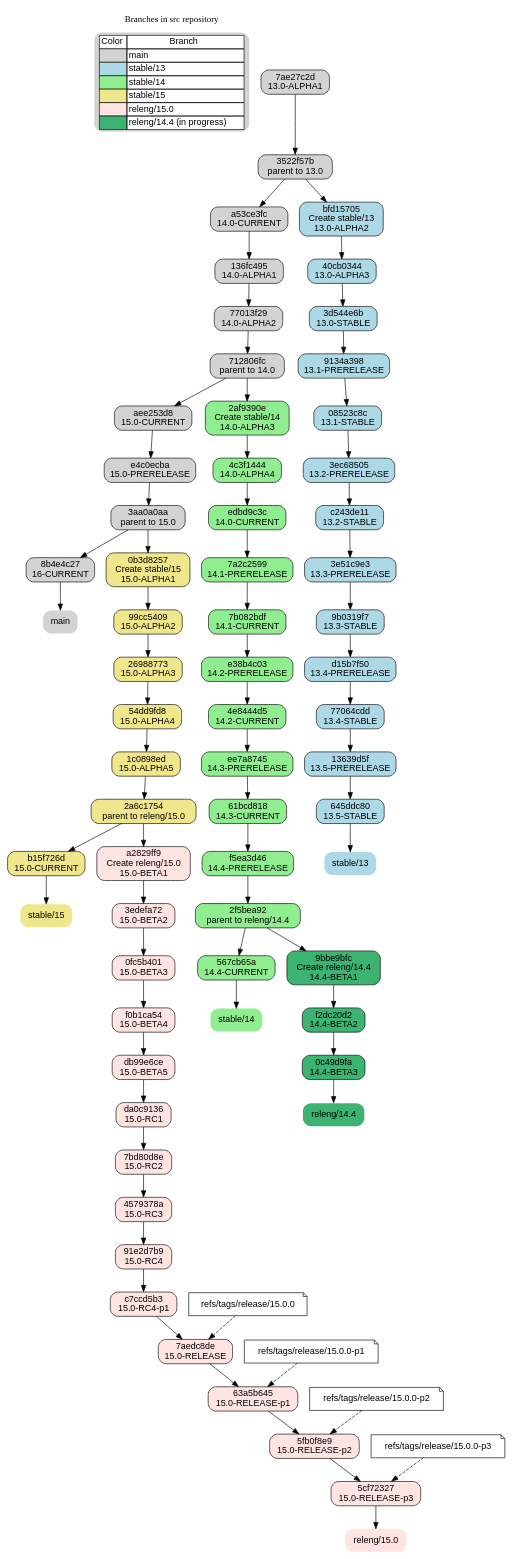
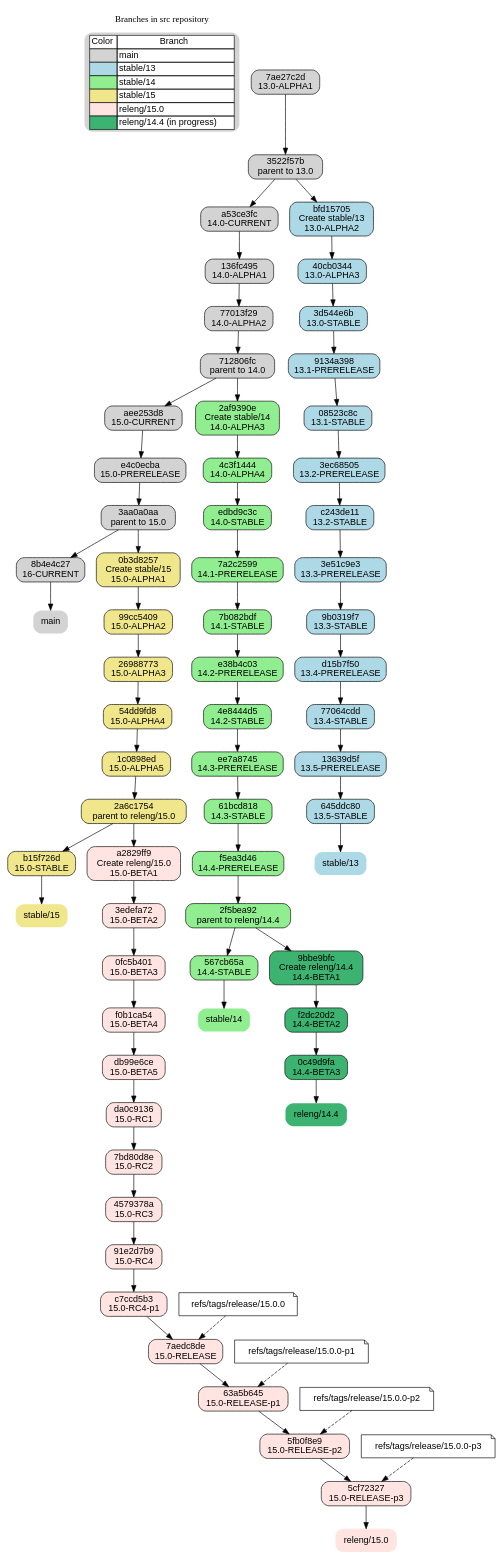
Before and after one commit to freebsd-doc-ru/freebsd-relnotes: the diagram in docs/freebsd_releases_full.dot, drawn with Graphviz. The commit also changed 2 other files, not shown here.

```diff
--- a/docs/freebsd_releases_full.dot
+++ b/docs/freebsd_releases_full.dot
@@ -1,5 +1,22 @@
 # dot -Tpng freebsd_releases_full.dot -o freebsd_releases_full.png
 # dot -Tsvg freebsd_releases_full.dot -o freebsd_releases_full.svg
+#
+# Copyright (c) 2026 Vladlen Popolitov
+#
+# SPDX-License-Identifier: BSD-2-Clause
+#
+# How I did it
+# 1. main, stable/15, stable/14. stable/13, releng/15.0, releng/14.4 commits from 12.0 till branch HEAD
+# git log --oneline -E -G 'REVISION|BRANCH' b958317950db^..main -- sys/conf/newvers.sh
+# git log --oneline -E -G 'REVISION|BRANCH' b958317950db^..stable/15 -- sys/conf/newvers.sh
+# ...
+# 2. split point for main<->stable/15, main<->stable/14 etc
+# git merge-base main stable/15
+# ...
+# git merge-base stable/14 releng/14.3
+#
+# 3. make lists of commits, Copy-Past into this dot-file.
+
 digraph FreeBSD_Releases {
 
   rankdir=TB;
@@ -91,16 +108,16 @@
 
   s14_alpha3  [label="2af9390e\nCreate stable/14\n14.0-ALPHA3",URL="https://cgit.freebsd.org/src/commit/?id=2af9390e54ed",target="_blank"];
   s14_alpha4  [label="4c3f1444\n14.0-ALPHA4",URL="https://cgit.freebsd.org/src/commit/?id=4c3f144478d4",target="_blank"];
-  s14_post0   [label="edbd9c3c\n14.0-CURRENT",URL="https://cgit.freebsd.org/src/commit/?id=edbd9c3c32c0",target="_blank"];
+  s14_post0   [label="edbd9c3c\n14.0-STABLE",URL="https://cgit.freebsd.org/src/commit/?id=edbd9c3c32c0",target="_blank"];
   s14_pre141  [label="7a2c2599\n14.1-PRERELEASE",URL="https://cgit.freebsd.org/src/commit/?id=7a2c2599a760",target="_blank"];
-  s14_post141 [label="7b082bdf\n14.1-CURRENT",URL="https://cgit.freebsd.org/src/commit/?id=7b082bdf72e6",target="_blank"];
+  s14_post141 [label="7b082bdf\n14.1-STABLE",URL="https://cgit.freebsd.org/src/commit/?id=7b082bdf72e6",target="_blank"];
   s14_pre142  [label="e38b4c03\n14.2-PRERELEASE",URL="https://cgit.freebsd.org/src/commit/?id=e38b4c031cf8",target="_blank"];
-  s14_post142 [label="4e8444d5\n14.2-CURRENT",URL="https://cgit.freebsd.org/src/commit/?id=4e8444d5750a",target="_blank"];
+  s14_post142 [label="4e8444d5\n14.2-STABLE",URL="https://cgit.freebsd.org/src/commit/?id=4e8444d5750a",target="_blank"];
   s14_pre143  [label="ee7a8745\n14.3-PRERELEASE",URL="https://cgit.freebsd.org/src/commit/?id=ee7a874557f4",target="_blank"];
-  s14_post143 [label="61bcd818\n14.3-CURRENT",URL="https://cgit.freebsd.org/src/commit/?id=61bcd8183104",target="_blank"];
+  s14_post143 [label="61bcd818\n14.3-STABLE",URL="https://cgit.freebsd.org/src/commit/?id=61bcd8183104",target="_blank"];
   s14_pre144  [label="f5ea3d46\n14.4-PRERELEASE",URL="https://cgit.freebsd.org/src/commit/?id=f5ea3d46d600",target="_blank"];
   s15_parentR14_4 [label="2f5bea92\nparent to releng/14.4",URL="https://cgit.freebsd.org/src/commit/?id=2f5bea924d08a6528dc6c25b2932105f7f235a3a",target="_blank"];
-  s14_post144 [label="567cb65a\n14.4-CURRENT",URL="https://cgit.freebsd.org/src/commit/?id=567cb65a378f",target="_blank"];
+  s14_post144 [label="567cb65a\n14.4-STABLE",URL="https://cgit.freebsd.org/src/commit/?id=567cb65a378f",target="_blank"];
 
   m_parent_14 -> s14_alpha3;
   s14_alpha3 -> s14_alpha4 -> s14_post0 ->
@@ -113,7 +130,7 @@
   s14_post144 -> s14_end;
 
   /* =========================================================
-     STABLE/15
+     stable/15
      ========================================================= */
 
   node [fillcolor=khaki];
@@ -124,7 +141,7 @@
   s15_alpha4  [label="54dd9fd8\n15.0-ALPHA4",URL="https://cgit.freebsd.org/src/commit/?id=54dd9fd8a525",target="_blank"];
   s15_alpha5  [label="1c0898ed\n15.0-ALPHA5",URL="https://cgit.freebsd.org/src/commit/?id=1c0898edf28f",target="_blank"];
   s15_parentR [label="2a6c1754\nparent to releng/15.0",URL="https://cgit.freebsd.org/src/commit/?id=2a6c17544e00b2f1a081bab501c079e5d70aa74c",target="_blank"];
-  s15_post    [label="b15f726d\n15.0-CURRENT",URL="https://cgit.freebsd.org/src/commit/?id=b15f726dfe60",target="_blank"];
+  s15_post    [label="b15f726d\n15.0-STABLE",URL="https://cgit.freebsd.org/src/commit/?id=b15f726dfe60",target="_blank"];
 
   m_parent_15 -> s15_alpha1;
   s15_alpha1 -> s15_alpha2 -> s15_alpha3 ->
@@ -135,7 +152,7 @@
   s15_post -> s15_end;
 
 /* =========================================================
-     RELENG/14.4
+     releng/14.4
      ========================================================= */
 
   node [fillcolor=mediumseagreen];
@@ -152,7 +169,7 @@
 
 
   /* =========================================================
-     RELENG/15.0
+     releng/15.0
      ========================================================= */
 
   node [fillcolor=mistyrose];
@@ -182,7 +199,7 @@
   r15_p3 -> r15_end;
 
    /* =======================
-     TAGS
+     tags
      ======================= */
 
   node [shape=note, fillcolor=white];
```
